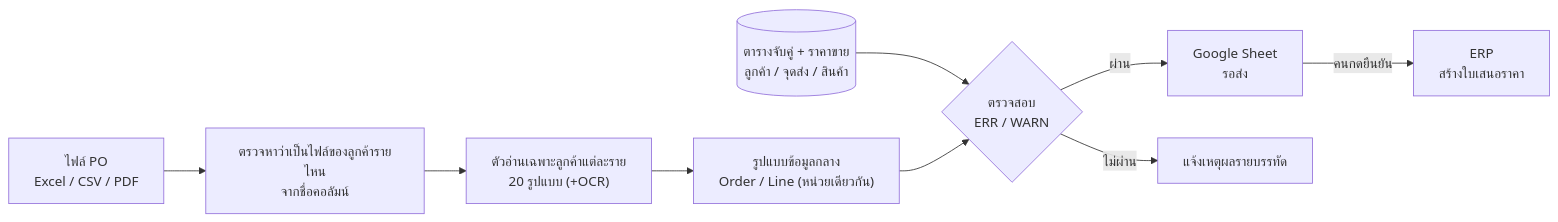
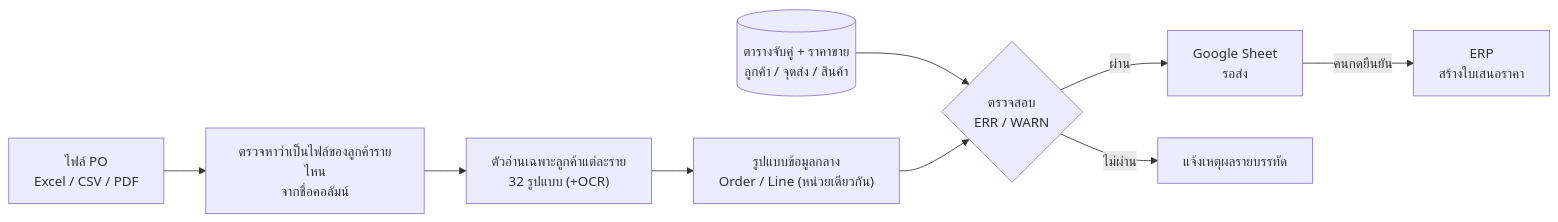
One commit to mukrata-d05/mukrata-d05 changed the first of 2 diagrams in projects/02-purchase-order-validation.md. Above: the diagram before and after it, drawn with Mermaid. The commit also changed other lines of this file and 5 other files, not shown here.

````diff
--- a/projects/02-purchase-order-validation.md
+++ b/projects/02-purchase-order-validation.md
@@ -23,11 +23,11 @@
 ```mermaid
 flowchart LR
     A["ไฟล์ PO<br/>Excel / CSV / PDF"] --> B["ตรวจหาว่าเป็นไฟล์ของลูกค้ารายไหน<br/>จากชื่อคอลัมน์"]
-    B --> C["ตัวอ่านเฉพาะลูกค้าแต่ละราย<br/>20 รูปแบบ (+OCR)"]
+    B --> C["ตัวอ่านเฉพาะลูกค้าแต่ละราย<br/>32 รูปแบบ (+OCR)"]
     C --> D["รูปแบบข้อมูลกลาง<br/>Order / Line (หน่วยเดียวกัน)"]
     M[("ตารางจับคู่ + ราคาขาย<br/>ลูกค้า / จุดส่ง / สินค้า")] --> E
     D --> E{"ตรวจสอบ<br/>ERR / WARN"}
     E -->|ผ่าน| F["Google Sheet<br/>รอส่ง"]
     F -->|คนกดยืนยัน| G["ERP<br/>สร้างใบเสนอราคา"]
     E -->|ไม่ผ่าน| H["แจ้งเหตุผลรายบรรทัด"]
 ```
````
